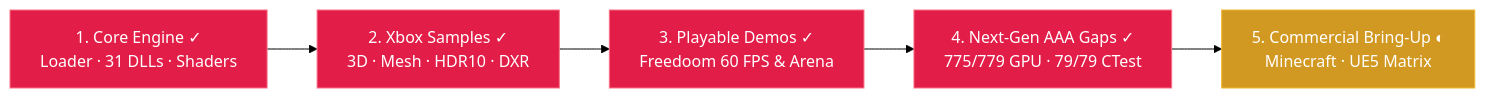
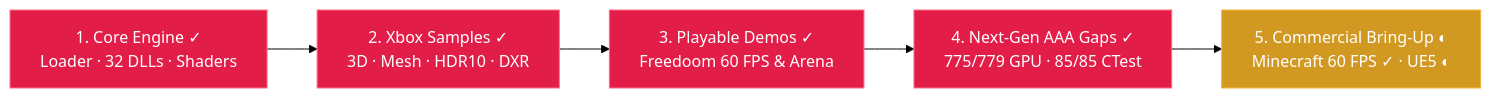
Before and after one commit to HFASLTO117/OpenScarlett: the first of 2 diagrams in README.md, drawn with Mermaid (forest theme). The commit also changed other lines of this file and 4 other files, not shown here.

Commit message:
docs(readme,status): document Minecraft Preview 60 FPS 3D gameplay, perf wins & os_live_profiler

````diff
--- a/README.md
+++ b/README.md
@@ -32,13 +32,13 @@
 ```mermaid
 flowchart LR
-    S1["1. Core Engine ✓\nLoader · 31 DLLs · Shaders"] --> S2["2. Xbox Samples ✓\n3D · Mesh · HDR10 · DXR"]
+    S1["1. Core Engine ✓\nLoader · 32 DLLs · Shaders"] --> S2["2. Xbox Samples ✓\n3D · Mesh · HDR10 · DXR"]
     S2 --> S3["3. Playable Demos ✓\nFreedoom 60 FPS & Arena"]
-    S3 --> S4["4. Next-Gen AAA Gaps ✓\n775/779 GPU · 79/79 CTest"]
-    S4 --> S5["5. Commercial Bring-Up ◐\nMinecraft · UE5 Matrix"]
+    S3 --> S4["4. Next-Gen AAA Gaps ✓\n775/779 GPU · 85/85 CTest"]
+    S4 --> S5["5. Commercial Bring-Up ◐\nMinecraft 60 FPS ✓ · UE5 ◐"]
 
     style S1 fill:#e11d48,stroke:#fb7185,color:#ffffff
     style S2 fill:#e11d48,stroke:#fb7185,color:#ffffff
     style S3 fill:#e11d48,stroke:#fb7185,color:#ffffff
     style S4 fill:#e11d48,stroke:#fb7185,color:#ffffff
     style S5 fill:#d29922,stroke:#f0b72f,color:#ffffff
 ```
````
